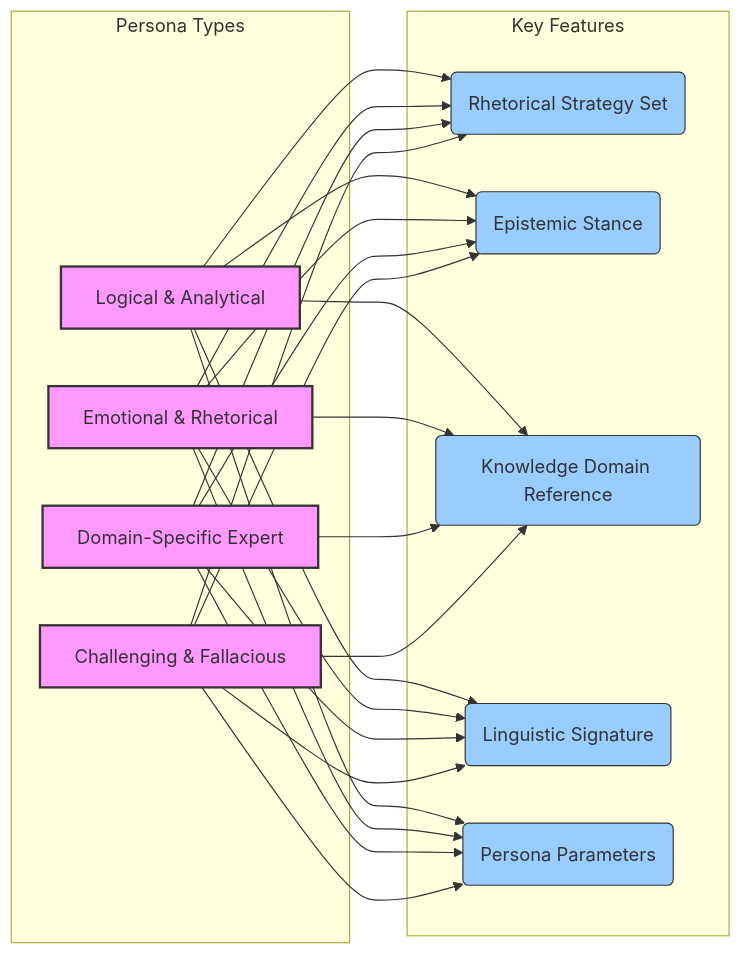
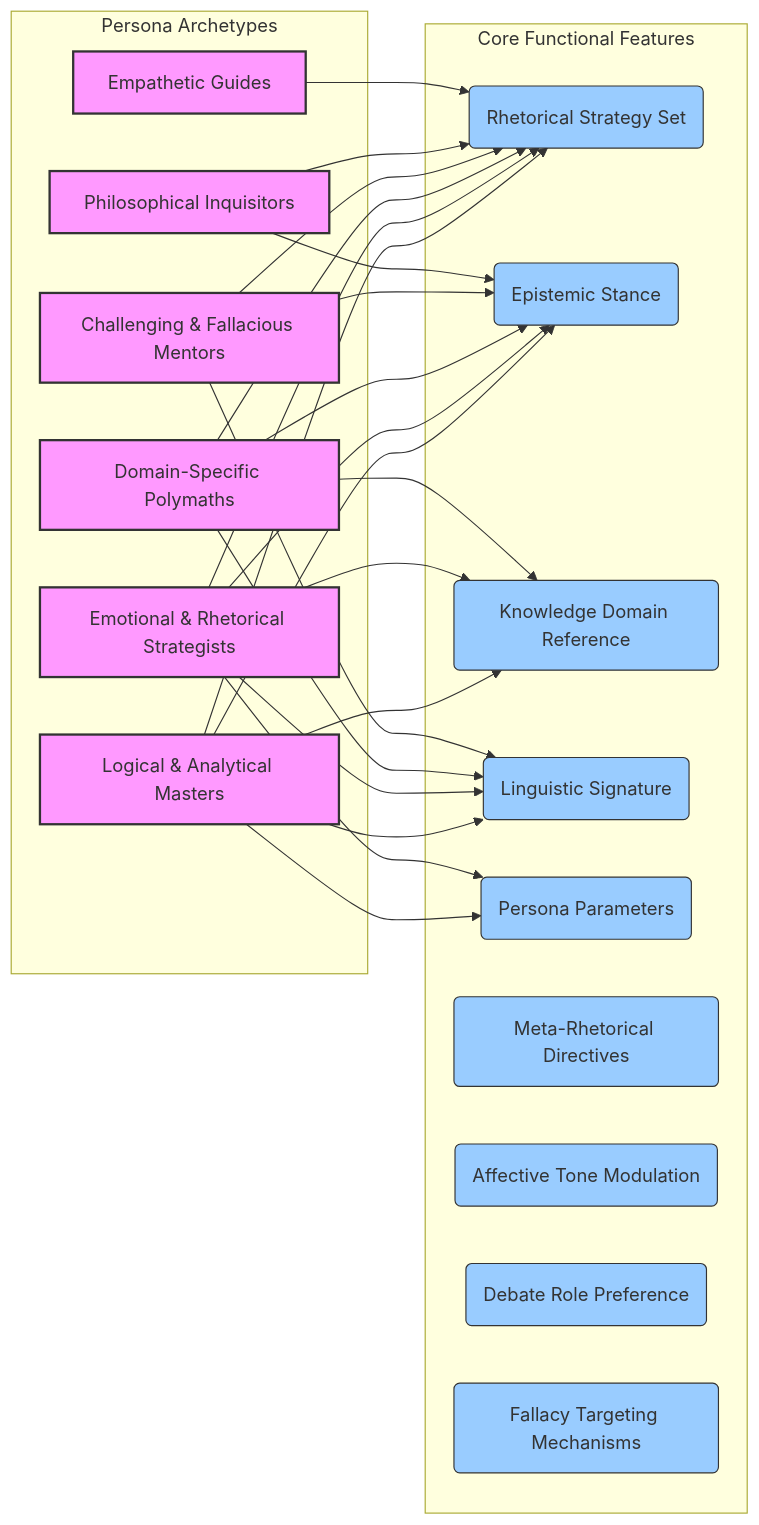
One commit to diplomat-bit/Citibank_Demo_Business_Inc_Demonstration- changed diagram 13 of 13 in inventions/018_ai_debate_adversary/adversarial_persona_strategy.md. Above: the diagram before and after it, drawn with Mermaid. The commit also changed other lines of this file, not shown here.

Commit message:
[AI] Edit: inventions/018_ai_debate_adversary/adversarial_persona_strategy.md

````diff
--- a/inventions/018_ai_debate_adversary/adversarial_persona_strategy.md
+++ b/inventions/018_ai_debate_adversary/adversarial_persona_strategy.md
@@ -763,51 +965,46 @@
 ```mermaid
 graph LR
-    subgraph Persona Types
-        PT1[Logical & Analytical]
-        PT2[Emotional & Rhetorical]
-        PT3[Domain-Specific Expert]
-        PT4[Challenging & Fallacious]
+    subgraph Persona Archetypes
+        PA1[Logical & Analytical Masters]
+        PA2[Emotional & Rhetorical Strategists]
+        PA3[Domain-Specific Polymaths]
+        PA4[Challenging & Fallacious Mentors]
+        PA5[Philosophical Inquisitors]
+        PA6[Empathetic Guides]
     end
 
-    subgraph Key Features
-        KF1(Rhetorical Strategy Set)
-        KF2(Epistemic Stance)
-        KF3(Knowledge Domain Reference)
-        KF4(Linguistic Signature)
-        KF5(Persona Parameters)
+    subgraph Core Functional Features
+        CFF1(Rhetorical Strategy Set)
+        CFF2(Epistemic Stance)
+        CFF3(Knowledge Domain Reference)
+        CFF4(Linguistic Signature)
+        CFF5(Persona Parameters)
+        CFF6(Meta-Rhetorical Directives)
+        CFF7(Affective Tone Modulation)
+        CFF8(Debate Role Preference)
+        CFF9(Fallacy Targeting Mechanisms)
     end
 
-    PT1 --> KF1;
-    PT1 --> KF2;
-    PT1 --> KF3;
-    PT1 --> KF4;
-    PT1 --> KF5;
+    PA1 --> CFF1; PA1 --> CFF2; PA1 --> CFF3; PA1 --> CFF4; PA1 --> CFF5;
+    PA2 --> CFF1; PA2 --> CFF2; PA2 --> CFF3; PA2 --> CFF4; PA2 --> CFF5; CFF6; CFF7;
+    PA3 --> CFF1; PA3 --> CFF2; PA3 --> CFF3; PA3 --> CFF4; CFF5; CFF8;
+    PA4 --> CFF1; PA4 --> CFF2; PA4 --> CFF4; CFF5; CFF6; CFF9;
+    PA5 --> CFF1; PA5 --> CFF2; CFF3; CFF4; CFF5; CFF6;
+    PA6 --> CFF1; CFF2; CFF4; CFF5; CFF7; CFF8;
 
-    PT2 --> KF1;
-    PT2 --> KF2;
-    PT2 --> KF3;
-    PT2 --> KF4;
-    PT2 --> KF5;
-
-    PT3 --> KF1;
-    PT3 --> KF2;
-    PT3 --> KF3;
-    PT3 --> KF4;
-    PT3 --> KF5;
-
-    PT4 --> KF1;
-    PT4 --> KF2;
-    PT4 --> KF3;
-    PT4 --> KF4;
-    PT4 --> KF5;
-
-    style PT1 fill:#f9f,stroke:#333,stroke-width:2px;
-    style PT2 fill:#f9f,stroke:#333,stroke-width:2px;
-    style PT3 fill:#f9f,stroke:#333,stroke-width:2px;
-    style PT4 fill:#f9f,stroke:#333,stroke-width:2px;
-    style KF1 fill:#9cf,stroke:#333,stroke-width:1px;
-    style KF2 fill:#9cf,stroke:#333,stroke-width:1px;
-    style KF3 fill:#9cf,stroke:#333,stroke-width:1px;
-    style KF4 fill:#9cf,stroke:#333,stroke-width:1px;
-    style KF5 fill:#9cf,stroke:#333,stroke-width:1px;
+    style PA1 fill:#f9f,stroke:#333,stroke-width:2px;
+    style PA2 fill:#f9f,stroke:#333,stroke-width:2px;
+    style PA3 fill:#f9f,stroke:#333,stroke-width:2px;
+    style PA4 fill:#f9f,stroke:#333,stroke-width:2px;
+    style PA5 fill:#f9f,stroke:#333,stroke-width:2px;
+    style PA6 fill:#f9f,stroke:#333,stroke-width:2px;
+    style CFF1 fill:#9cf,stroke:#333,stroke-width:1px;
+    style CFF2 fill:#9cf,stroke:#333,stroke-width:1px;
+    style CFF3 fill:#9cf,stroke:#333,stroke-width:1px;
+    style CFF4 fill:#9cf,stroke:#333,stroke-width:1px;
+    style CFF5 fill:#9cf,stroke:#333,stroke-width:1px;
+    style CFF6 fill:#9cf,stroke:#333,stroke-width:1px;
+    style CFF7 fill:#9cf,stroke:#333,stroke-width:1px;
+    style CFF8 fill:#9cf,stroke:#333,stroke-width:1px;
+    style CFF9 fill:#9cf,stroke:#333,stroke-width:1px;
 ```
````
